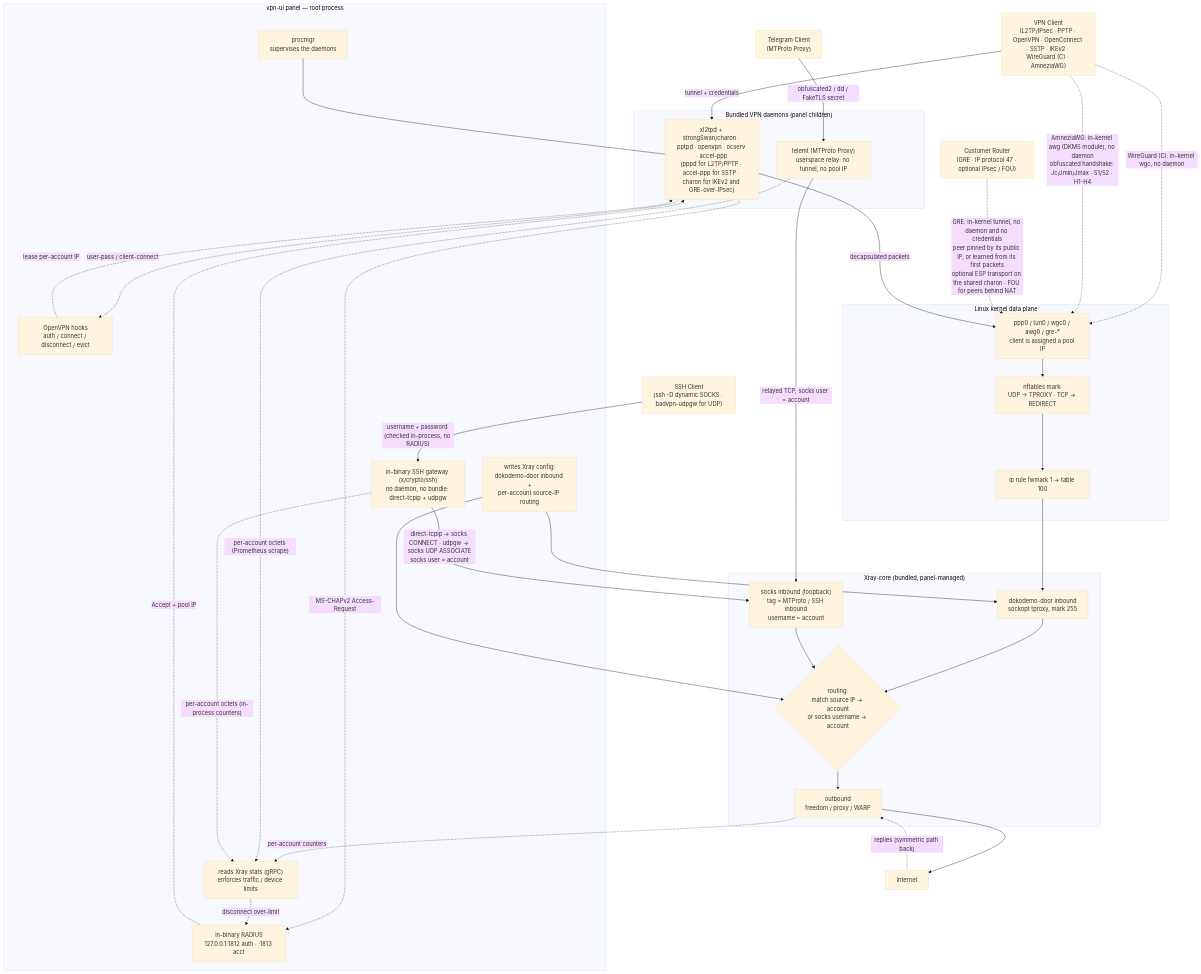
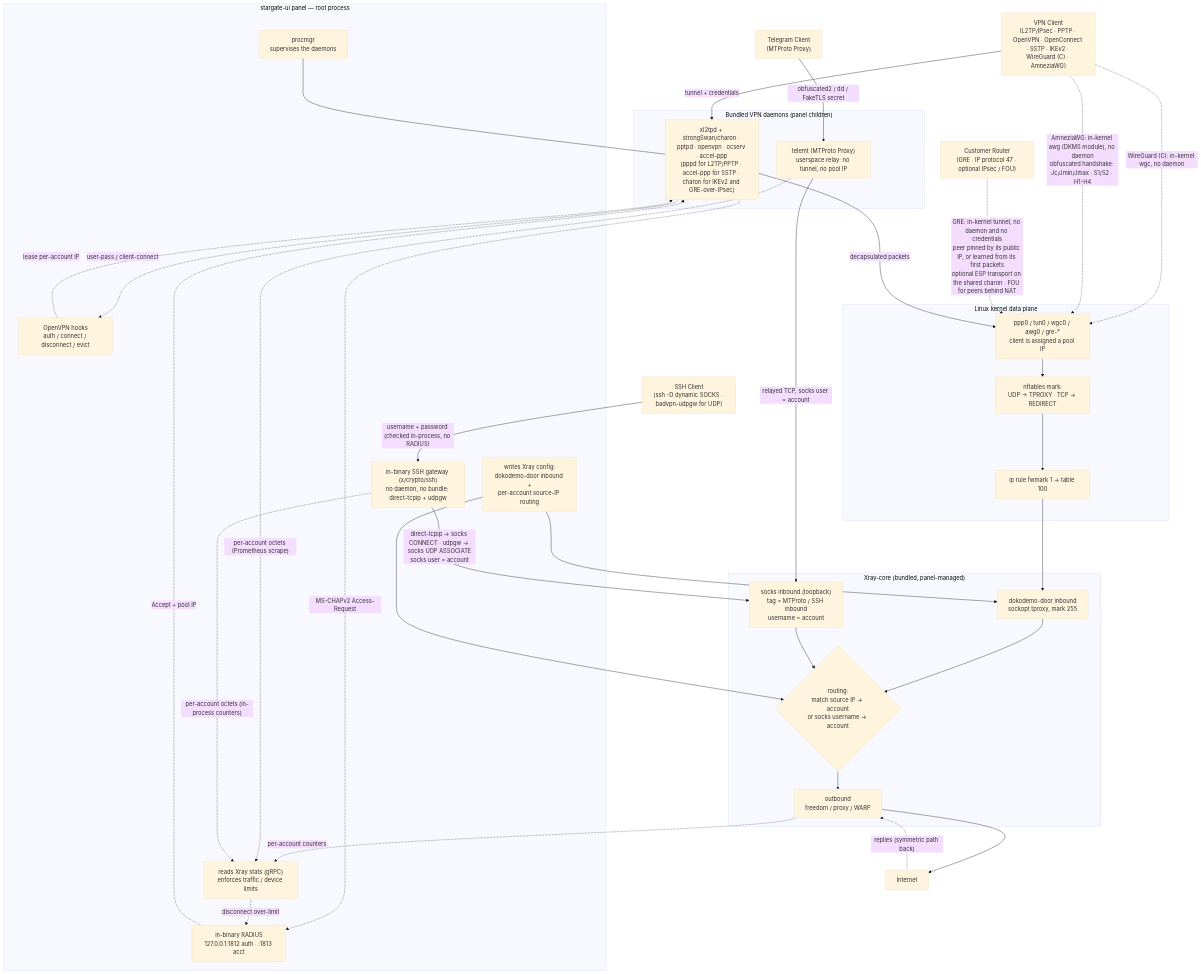
One commit to Arshak888/Stargate-ui changed the first of 2 diagrams in README.md. Above: the diagram before and after it, drawn with Mermaid (base theme). The commit also changed other lines of this file and 217 other files, not shown here.

````diff
--- a/README.md
+++ b/README.md
@@ -117,66 +117,66 @@
 ```mermaid
 flowchart TB
   Client["VPN Client<br/>(L2TP/IPsec · PPTP · OpenVPN · OpenConnect · SSTP · IKEv2 · WireGuard (C) · AmneziaWG)"]
   TGC["Telegram Client<br/>(MTProto Proxy)"]
   SSHC["SSH Client<br/>(ssh -D dynamic SOCKS · badvpn-udpgw for UDP)"]
   GREC["Customer Router<br/>(GRE · IP protocol 47 · optional IPsec / FOU)"]
 
-  subgraph PANEL["vpn-ui panel — root process"]
+  subgraph PANEL["stargate-ui panel — root process"]
     PROC["procmgr<br/>supervises the daemons"]
     RAD["in-binary RADIUS<br/>127.0.0.1:1812 auth · :1813 acct"]
     HOOK["OpenVPN hooks<br/>auth / connect / disconnect / evict"]
     CONF["writes Xray config:<br/>dokodemo-door inbound +<br/>per-account source-IP routing"]
     STAT["reads Xray stats (gRPC)<br/>enforces traffic / device limits"]
     SSHSRV["in-binary SSH gateway (x/crypto/ssh)<br/>no daemon, no bundle: direct-tcpip + udpgw"]
   end
 
   subgraph DAEMON["Bundled VPN daemons (panel children)"]
     D["xl2tpd + strongSwan/charon · pptpd · openvpn · ocserv · accel-ppp<br/>(pppd for L2TP/PPTP · accel-ppp for SSTP · charon for IKEv2 and GRE-over-IPsec)"]
     MT["telemt (MTProto Proxy)<br/>userspace relay: no tunnel, no pool IP"]
   end
 
   subgraph KERNEL["Linux kernel data plane"]
     IFACE["ppp0 / tun0 / wgc0 / awg0 / gre-*<br/>client is assigned a pool IP"]
     NFT["nftables mark:<br/>UDP → TPROXY · TCP → REDIRECT"]
     RULE["ip rule fwmark 1 → table 100"]
   end
 
   subgraph XRAY["Xray-core (bundled, panel-managed)"]
     DOKO["dokodemo-door inbound<br/>sockopt tproxy, mark 255"]
     SOCKS["socks inbound (loopback)<br/>tag = MTProto / SSH inbound<br/>username = account"]
     ROUTE{"routing:<br/>match source IP → account<br/>or socks username → account"}
     OUT["outbound<br/>freedom / proxy / WARP"]
   end
 
   NET["Internet"]
 
   %% control plane
   Client -->|"tunnel + credentials"| D
   Client -.->|"WireGuard (C): in-kernel wgc, no daemon"| IFACE
   Client -.->|"AmneziaWG: in-kernel awg (DKMS module), no daemon<br/>obfuscated handshake: Jc/Jmin/Jmax · S1/S2 · H1-H4"| IFACE
   GREC -.->|"GRE: in-kernel tunnel, no daemon and no credentials<br/>peer pinned by its public IP, or learned from its first packets<br/>optional ESP transport on the shared charon · FOU for peers behind NAT"| IFACE
   TGC -->|"obfuscated2 / dd / FakeTLS secret"| MT
   SSHC -->|"username + password (checked in-process, no RADIUS)"| SSHSRV
   D -.->|"MS-CHAPv2 Access-Request"| RAD
   RAD -.->|"Accept + pool IP"| D
   D -.->|"user-pass / client-connect"| HOOK
   HOOK -.->|"lease per-account IP"| D
   PROC --- D
   CONF --> DOKO
   CONF --> ROUTE
 
   %% data plane
   D -->|"decapsulated packets"| IFACE
   IFACE --> NFT --> RULE --> DOKO
   DOKO --> ROUTE --> OUT --> NET
   MT -->|"relayed TCP, socks user = account"| SOCKS
   SSHSRV -->|"direct-tcpip → socks CONNECT · udpgw → socks UDP ASSOCIATE<br/>socks user = account"| SOCKS
   SOCKS --> ROUTE
 
   %% accounting + return
   OUT -.->|"per-account counters"| STAT
   MT -.->|"per-account octets (Prometheus scrape)"| STAT
   SSHSRV -.->|"per-account octets (in-process counters)"| STAT
   STAT -.->|"disconnect over-limit"| RAD
   NET -.->|"replies (symmetric path back)"| OUT
 ```
````
